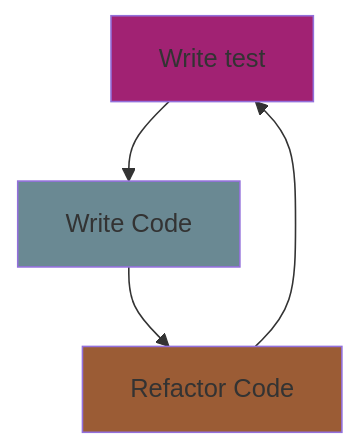
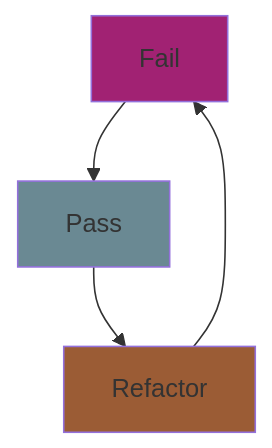
One commit to fac26/todo-list--karol-konstantina changed the second of 2 diagrams in README.md. Above: the diagram before and after it, drawn with Mermaid. The commit also changed other lines of this file, not shown here.

````diff
--- a/README.md
+++ b/README.md
@@ -70,8 +71,8 @@
 ```mermaid
     graph TD
-    A[Write test]-->B[Write Code]-->C[Refactor Code]-->A
+    A[Fail]-->B[Pass]-->C[Refactor]-->A
 
     style A fill:#a12273
     style B fill:#6a8993
     style C fill:#9b5c35
-``` 
+```
````
